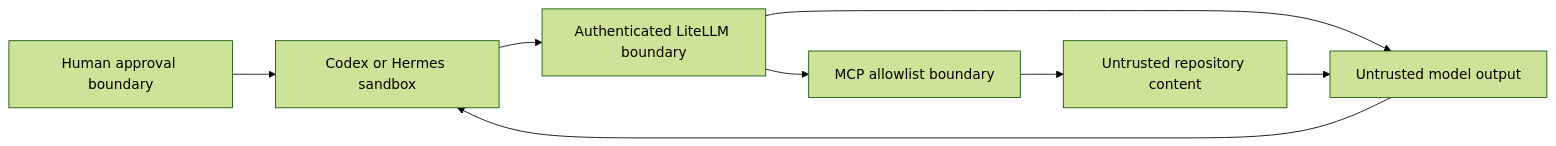
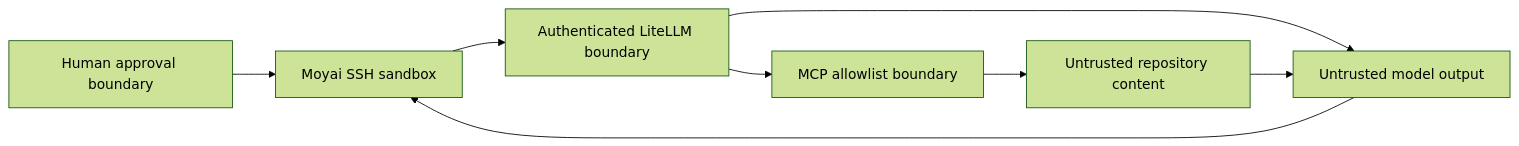
Before and after one commit to taras-kolodchyn/local-ai-platform: the fourth of 4 diagrams in docs/architecture.md, drawn with Mermaid (forest theme). The commit also changed other lines of this file and 29 other files, not shown here.

Commit message:
Remove standalone Hermes and Codex client integrations

````diff
--- a/docs/architecture.md
+++ b/docs/architecture.md
@@ -133,10 +129,10 @@
 ```mermaid
 flowchart LR
-    User["Human approval boundary"] --> Agent["Codex or Hermes sandbox"]
+    User["Human approval boundary"] --> Agent["Moyai SSH sandbox"]
     Agent --> Gateway["Authenticated LiteLLM boundary"]
     Gateway --> Tools["MCP allowlist boundary"]
     Tools --> Data["Untrusted repository content"]
     Gateway --> Model["Untrusted model output"]
     Model --> Agent
     Data --> Model
 ```
````
